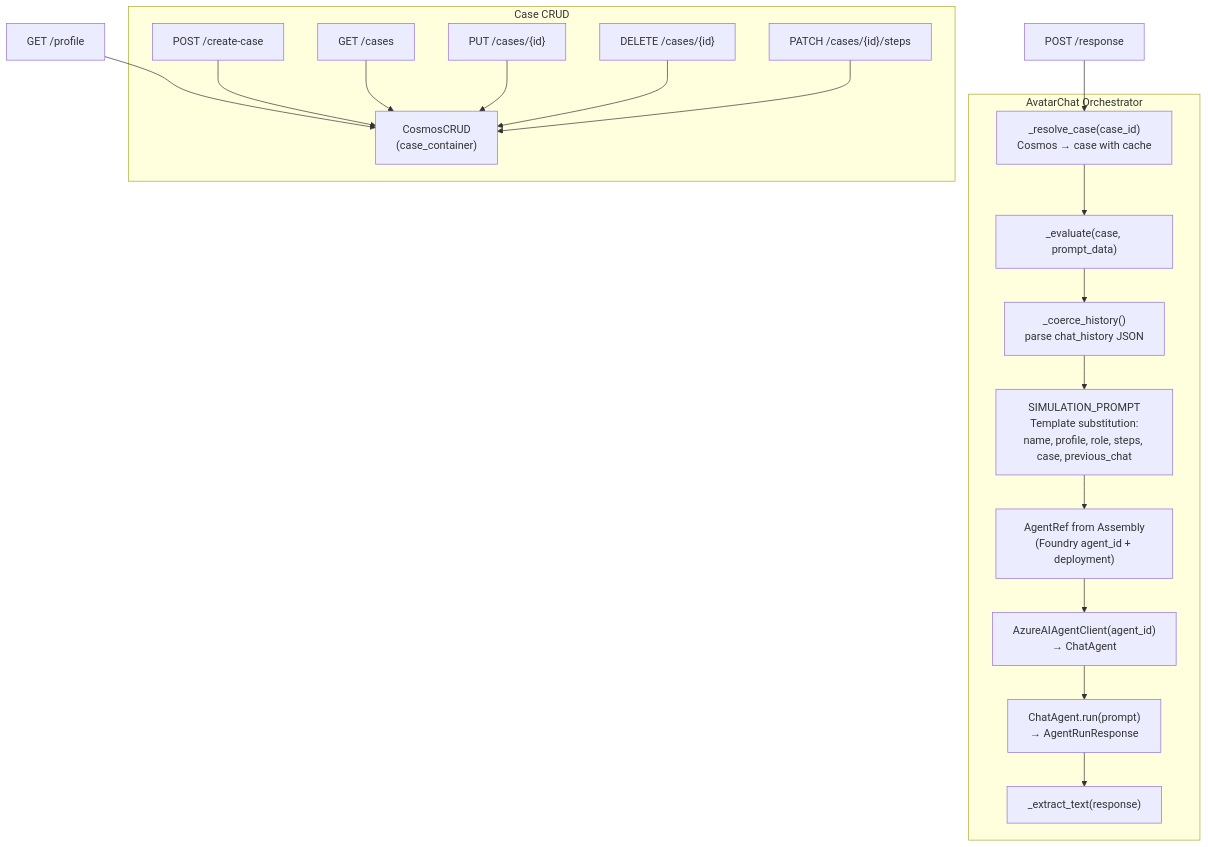
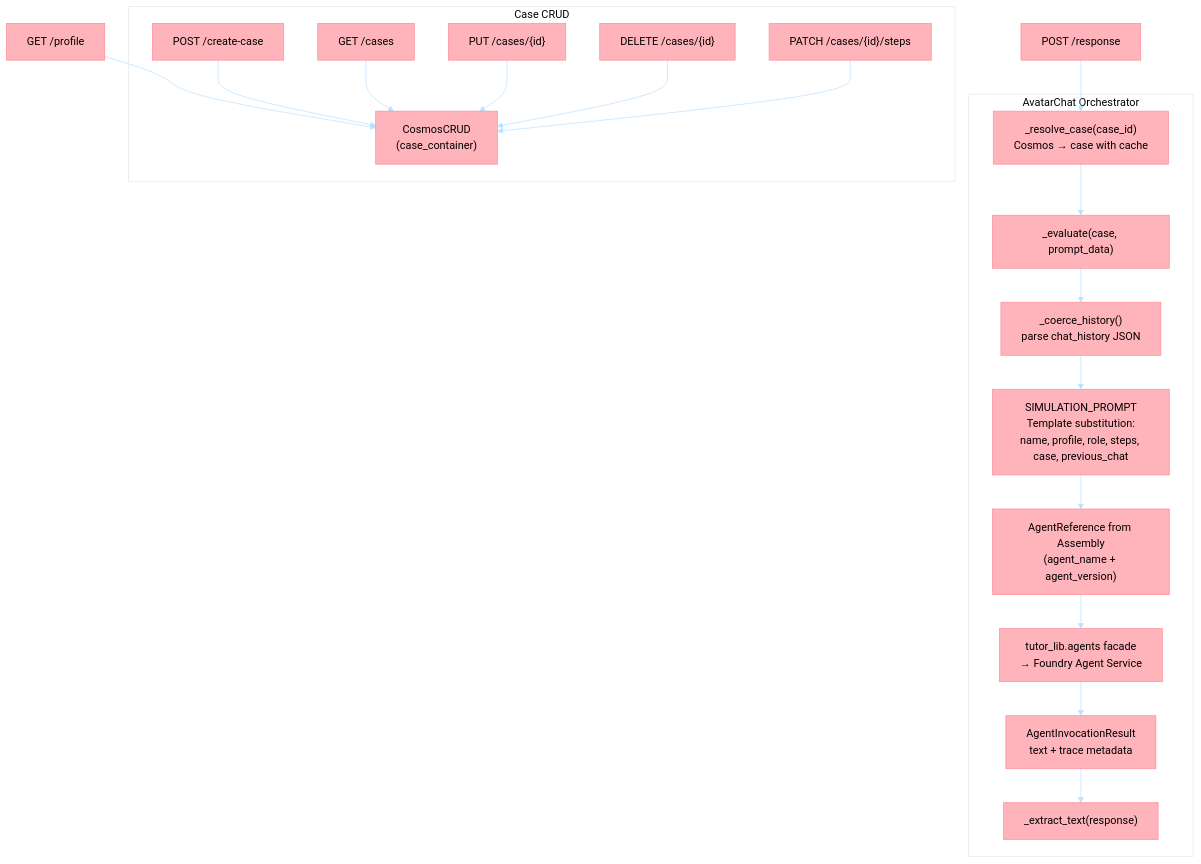
One commit to Azure-Samples/tutor changed diagram 20 of 26 in docs/architecture.md. Above: the diagram before and after it, drawn with Mermaid. The commit also changed other lines of this file and 41 other files, not shown here.

Commit message:
docs: consolidate current architecture decisions

````diff
--- a/docs/architecture.md
+++ b/docs/architecture.md
@@ -934,36 +1070,44 @@
 ```mermaid
+%%{init: {'theme':'base', 'themeVariables': {
+  'primaryColor':'#FFB3BA',
+  'primaryTextColor':'#000',
+  'primaryBorderColor':'#FF8B94',
+  'lineColor':'#BAE1FF',
+  'secondaryColor':'#BAE1FF',
+  'tertiaryColor':'#FFFFFF'
+}}}%%
 flowchart TD
     API_RESP["POST /response"]
     API_PROF["GET /profile"]
     
     subgraph AvatarChat["AvatarChat Orchestrator"]
         RESOLVE["_resolve_case(case_id)\nCosmos → case with cache"]
         EVALUATE["_evaluate(case, prompt_data)"]
         HISTORY["_coerce_history()\nparse chat_history JSON"]
         SYSTEM_MSG["SIMULATION_PROMPT\nTemplate substitution:\nname, profile, role, steps, case, previous_chat"]
-        AGENT_SPEC["AgentRef from Assembly\n(Foundry agent_id + deployment)"]
-        REGISTRY["AzureAIAgentClient(agent_id)\n→ ChatAgent"]
-        RUN_CTX["ChatAgent.run(prompt)\n→ AgentRunResponse"]
+        AGENT_SPEC["AgentReference from Assembly\n(agent_name + agent_version)"]
+        REGISTRY["tutor_lib.agents facade\n→ Foundry Agent Service"]
+        RUN_CTX["AgentInvocationResult\ntext + trace metadata"]
         EXTRACT["_extract_text(response)"]
     end
 
     subgraph CaseManagement["Case CRUD"]
         CREATE_CASE["POST /create-case"]
         LIST_CASES["GET /cases"]
         UPDATE_CASE["PUT /cases/{id}"]
         DELETE_CASE["DELETE /cases/{id}"]
         PATCH_STEPS["PATCH /cases/{id}/steps"]
         COSMOS_CRUD["CosmosCRUD\n(case_container)"]
     end
 
     API_RESP --> RESOLVE --> EVALUATE
     EVALUATE --> HISTORY --> SYSTEM_MSG
     SYSTEM_MSG --> AGENT_SPEC --> REGISTRY --> RUN_CTX --> EXTRACT
 
     API_PROF --> COSMOS_CRUD
     CREATE_CASE --> COSMOS_CRUD
     LIST_CASES --> COSMOS_CRUD
     UPDATE_CASE --> COSMOS_CRUD
     DELETE_CASE --> COSMOS_CRUD
     PATCH_STEPS --> COSMOS_CRUD
 ```
````
